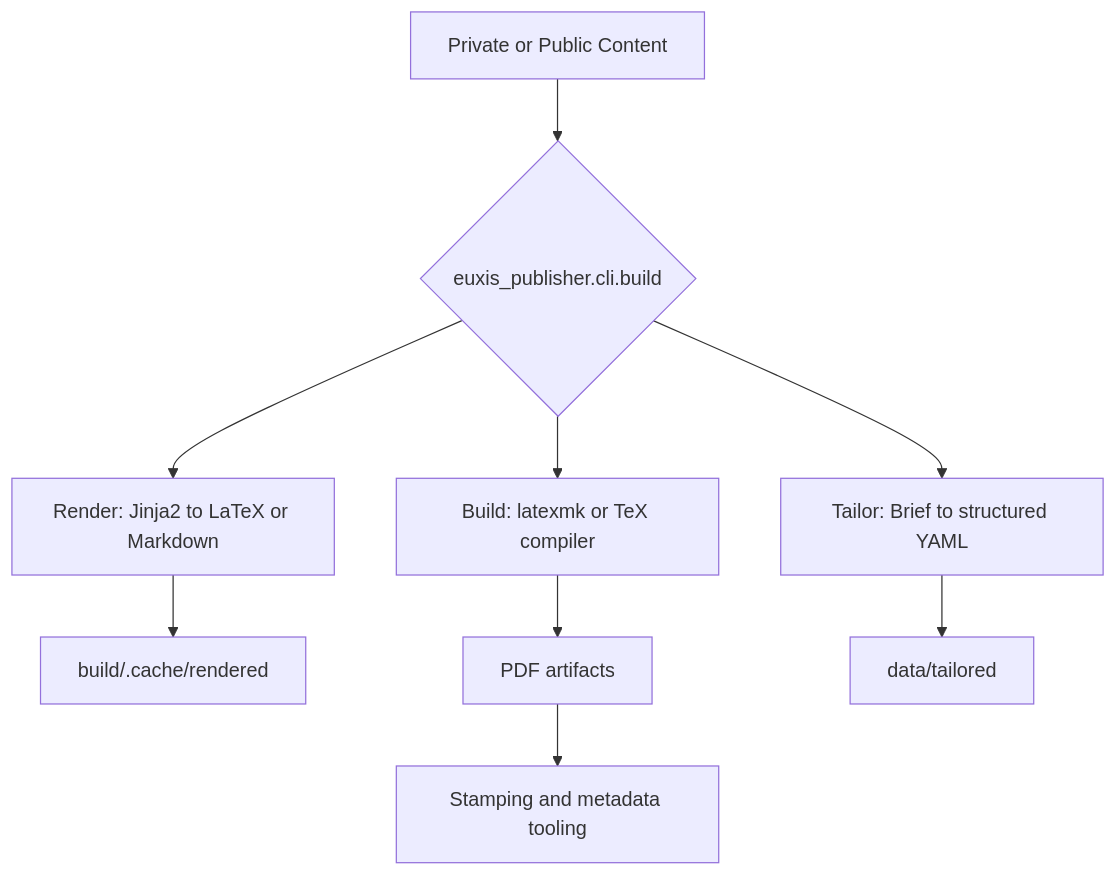
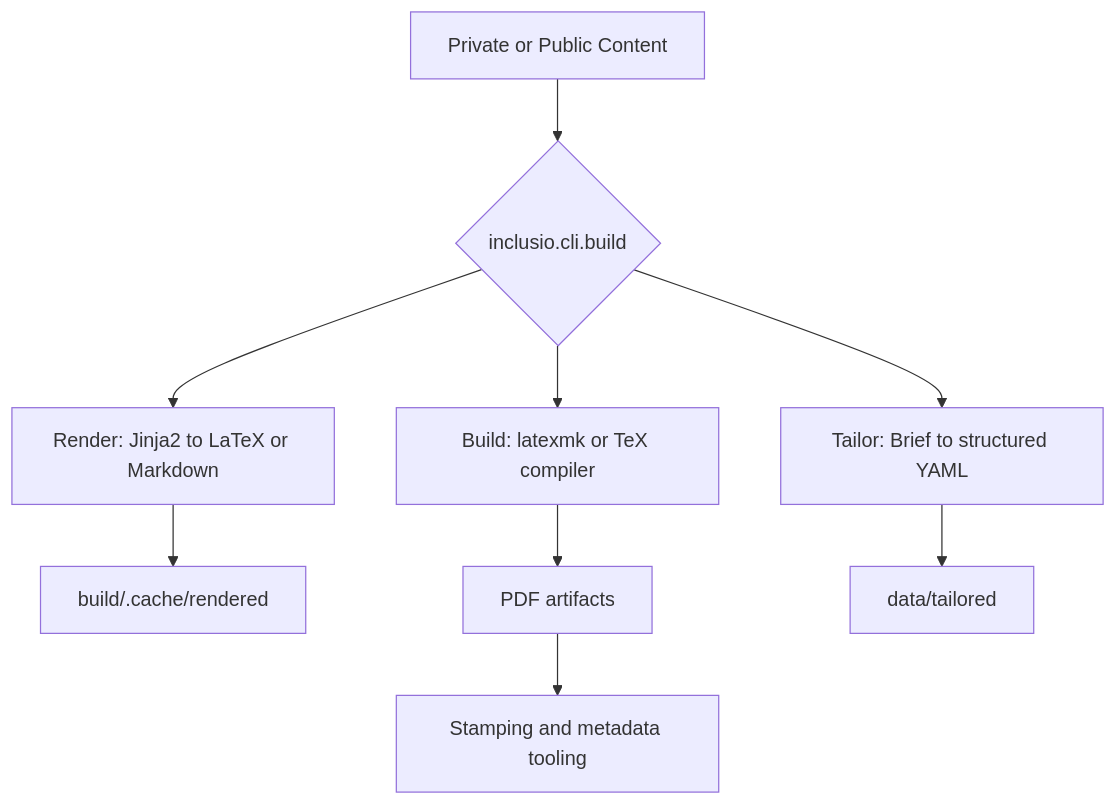
One commit to sebastienrousseau/inclusio changed the diagram in README.md. Above: the diagram before and after it, drawn with Mermaid. The commit also changed other lines of this file and 85 other files, not shown here.

First line of the commit message:
refactor(rename): euxis_publisher → inclusio (module + imports)

````diff
--- a/README.md
+++ b/README.md
@@ -91,11 +91,11 @@
 ```mermaid
 graph TD
-    A[Private or Public Content] --> B{euxis_publisher.cli.build}
+    A[Private or Public Content] --> B{inclusio.cli.build}
     B --> C[Render: Jinja2 to LaTeX or Markdown]
     B --> D[Build: latexmk or TeX compiler]
     B --> E[Tailor: Brief to structured YAML]
     C --> F[build/.cache/rendered]
     D --> G[PDF artifacts]
     E --> H[data/tailored]
     G --> I[Stamping and metadata tooling]
 ```
````
